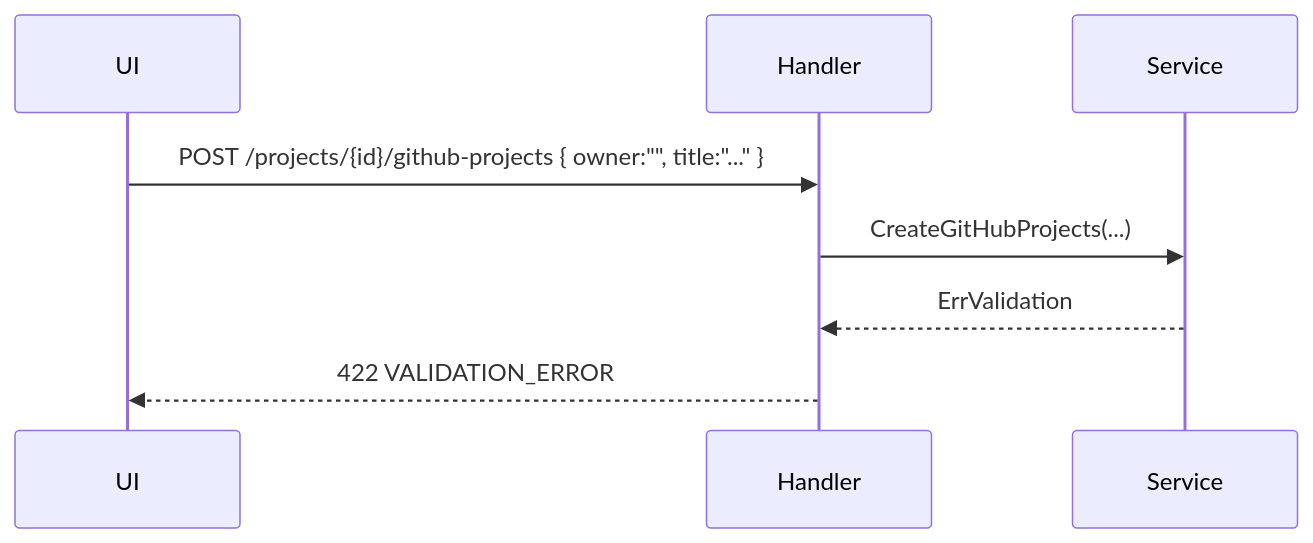
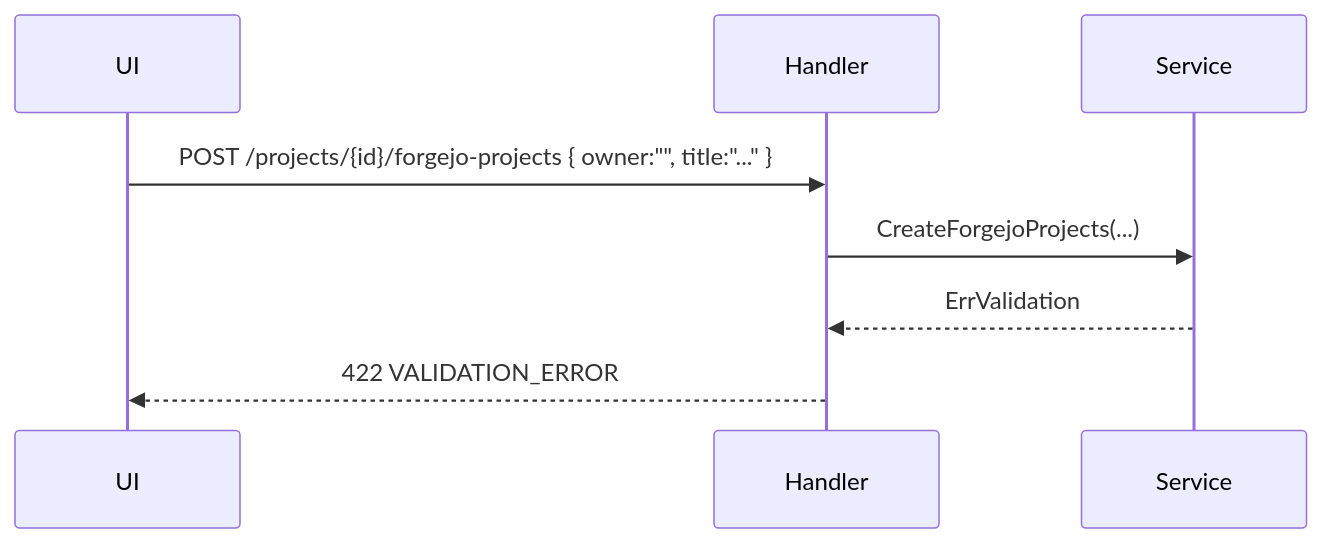
Before and after one commit to BossApe/lo-vibe: the first of 2 diagrams in _document/003.設計・開発・テストフェーズ/003.設計/FR-004.GitHub-Projects作成・Phase0タスク生成/FR-004.シーケンス図（エラー詳細）.md, drawn with Mermaid. The commit also changed other lines of this file and 27 other files, not shown here.

````diff
--- a/_document/003.設計・開発・テストフェーズ/003.設計/FR-004.GitHub-Projects作成・Phase0タスク生成/FR-004.シーケンス図（エラー詳細）.md
+++ b/_document/003.設計・開発・テストフェーズ/003.設計/FR-004.GitHub-Projects作成・Phase0タスク生成/FR-004.シーケンス図（エラー詳細）.md
@@ -7,11 +7,11 @@
 ```mermaid
 sequenceDiagram
   participant UI
   participant Handler
   participant Service
 
-  UI->>Handler: POST /projects/{id}/github-projects { owner:"", title:"..." }
-  Handler->>Service: CreateGitHubProjects(...)
+  UI->>Handler: POST /projects/{id}/forgejo-projects { owner:"", title:"..." }
+  Handler->>Service: CreateForgejoProjects(...)
   Service-->>Handler: ErrValidation
   Handler-->>UI: 422 VALIDATION_ERROR
 ```
````
